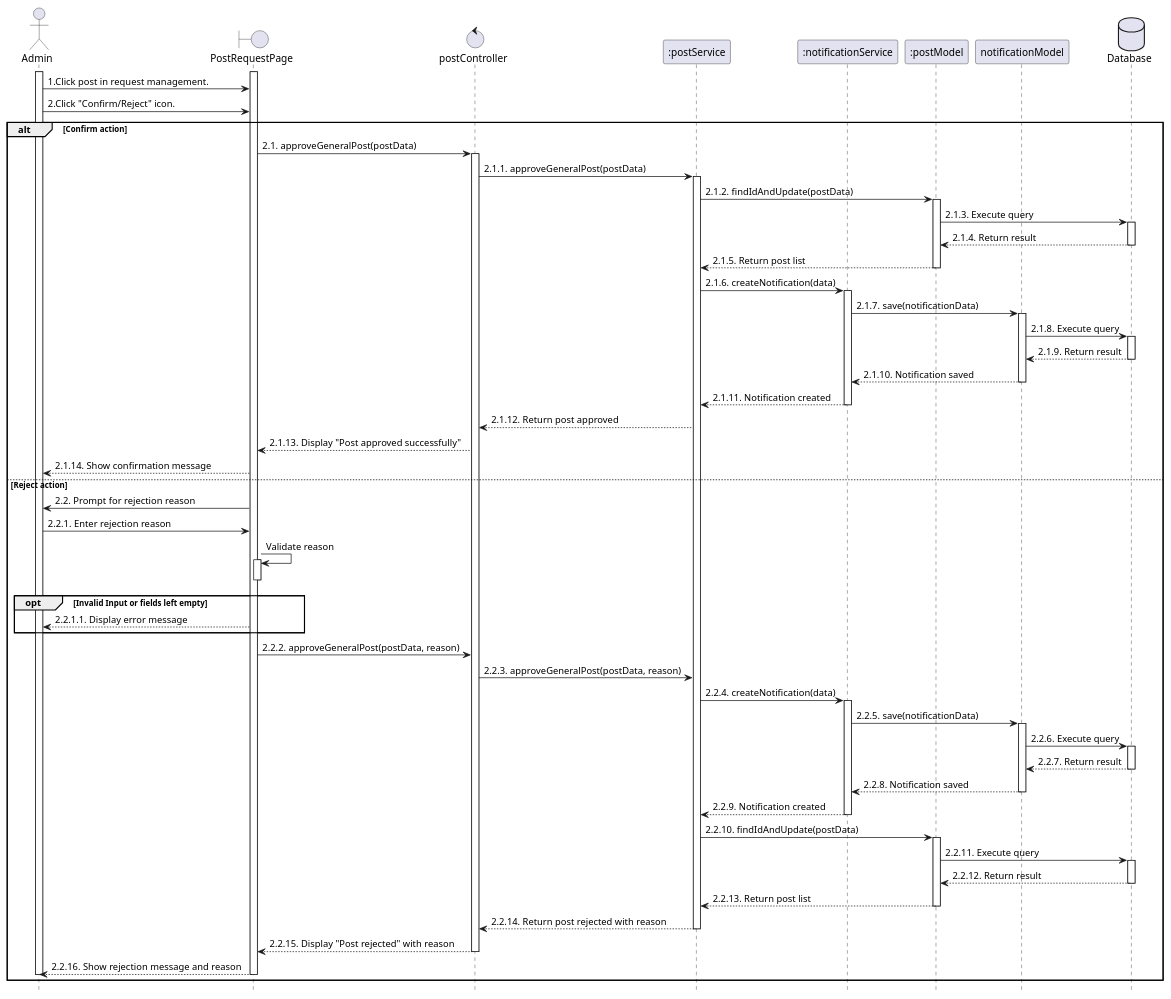
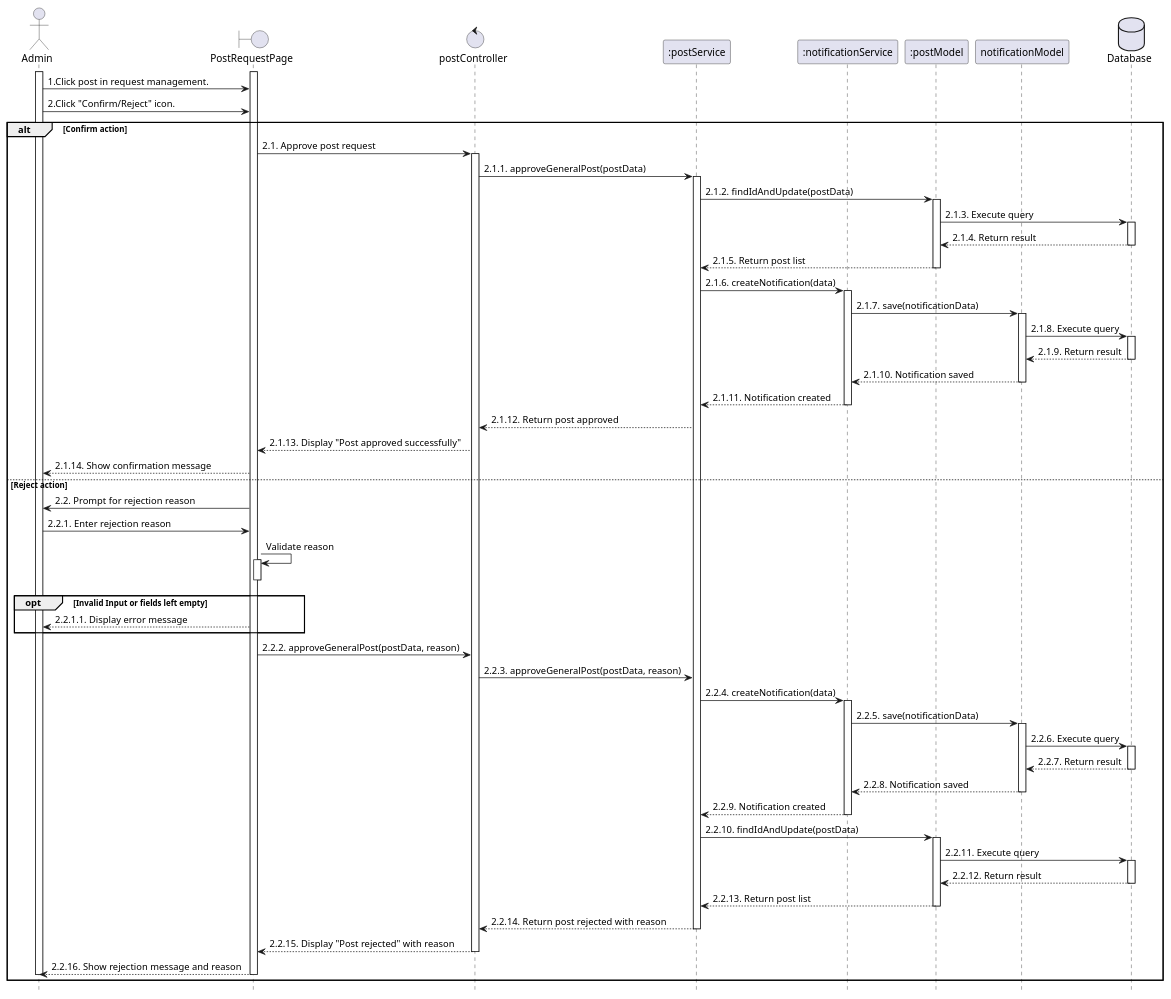
The diagram in planuml/web/96_approvePost.puml (VietDurian/VietDurian), drawn with PlantUML before and after one commit. The commit also changed 33 other files, not shown here.

```diff
--- a/planuml/web/96_approvePost.puml
+++ b/planuml/web/96_approvePost.puml
@@ -1,94 +1,94 @@
 @startuml 85_viewPostList
 skinparam shadowing false
 skinparam sequenceArrowThickness 1
 hide footbox
 
 actor Farmer as "Admin"
 boundary PostRequestPage as UI 
 control postController as Controller 
 participant ":postService" as Service 
 participant ":notificationService" as Service1
 participant ":postModel" as Model 
 participant "notificationModel" as Model1
 database Database as DB 
 
 activate Farmer
 activate UI
 
 ' ===== Search / Filter =====
 Farmer -> UI : 1.Click post in request management.
 Farmer -> UI : 2.Click "Confirm/Reject" icon.
 
 alt Confirm action
-UI -> Controller : 2.1. approveGeneralPost(postData)
+UI -> Controller : 2.1. Approve post request
 activate Controller
 
 Controller -> Service : 2.1.1. approveGeneralPost(postData)
 activate Service
 Service -> Model : 2.1.2. findIdAndUpdate(postData)
 activate Model
 Model -> DB : 2.1.3. Execute query
 activate DB
 DB --> Model : 2.1.4. Return result
 deactivate DB
 Model --> Service : 2.1.5. Return post list
 deactivate Model
 
 
     Service -> Service1 : 2.1.6. createNotification(data)
     activate Service1
     Service1 -> Model1 : 2.1.7. save(notificationData)
     activate Model1
     Model1 -> DB : 2.1.8. Execute query
     activate DB
     DB --> Model1 : 2.1.9. Return result
     deactivate DB
     Model1 --> Service1 : 2.1.10. Notification saved
     deactivate Model1
     Service1 --> Service : 2.1.11. Notification created
     deactivate Service1
     Service --> Controller : 2.1.12. Return post approved
     Controller --> UI : 2.1.13. Display "Post approved successfully"
     UI --> Farmer : 2.1.14. Show confirmation message
 
 else Reject action
     UI -> Farmer : 2.2. Prompt for rejection reason
     Farmer -> UI : 2.2.1. Enter rejection reason
     UI -> UI : Validate reason
     activate UI
     deactivate UI
     opt Invalid Input or fields left empty
         UI --> Farmer : 2.2.1.1. Display error message
     end
     UI -> Controller : 2.2.2. approveGeneralPost(postData, reason)
     Controller -> Service : 2.2.3. approveGeneralPost(postData, reason)
     Service -> Service1 : 2.2.4. createNotification(data)
     activate Service1
     Service1 -> Model1 : 2.2.5. save(notificationData)
     activate Model1
     Model1 -> DB : 2.2.6. Execute query
     activate DB
     DB --> Model1 : 2.2.7. Return result
     deactivate DB
     Model1 --> Service1 : 2.2.8. Notification saved
     deactivate Model1
     Service1 --> Service : 2.2.9. Notification created
     deactivate Service1
     Service -> Model : 2.2.10. findIdAndUpdate(postData)
     activate Model
     Model -> DB : 2.2.11. Execute query
     activate DB
     DB --> Model : 2.2.12. Return result
     deactivate DB
     Model --> Service : 2.2.13. Return post list
     deactivate Model
     Service --> Controller : 2.2.14. Return post rejected with reason
     deactivate Service
     Controller --> UI : 2.2.15. Display "Post rejected" with reason
     deactivate Controller
     UI --> Farmer : 2.2.16. Show rejection message and reason
     deactivate UI
     deactivate Farmer
 end
 
 @enduml
```
